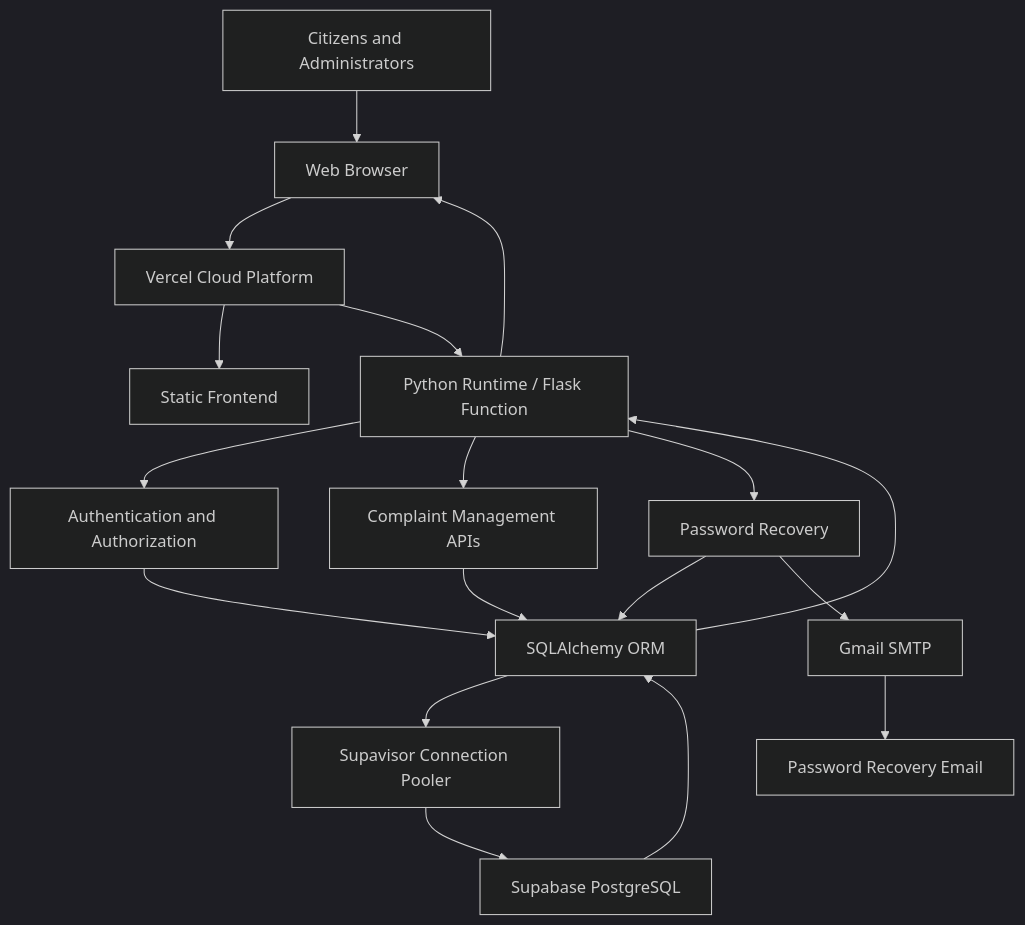
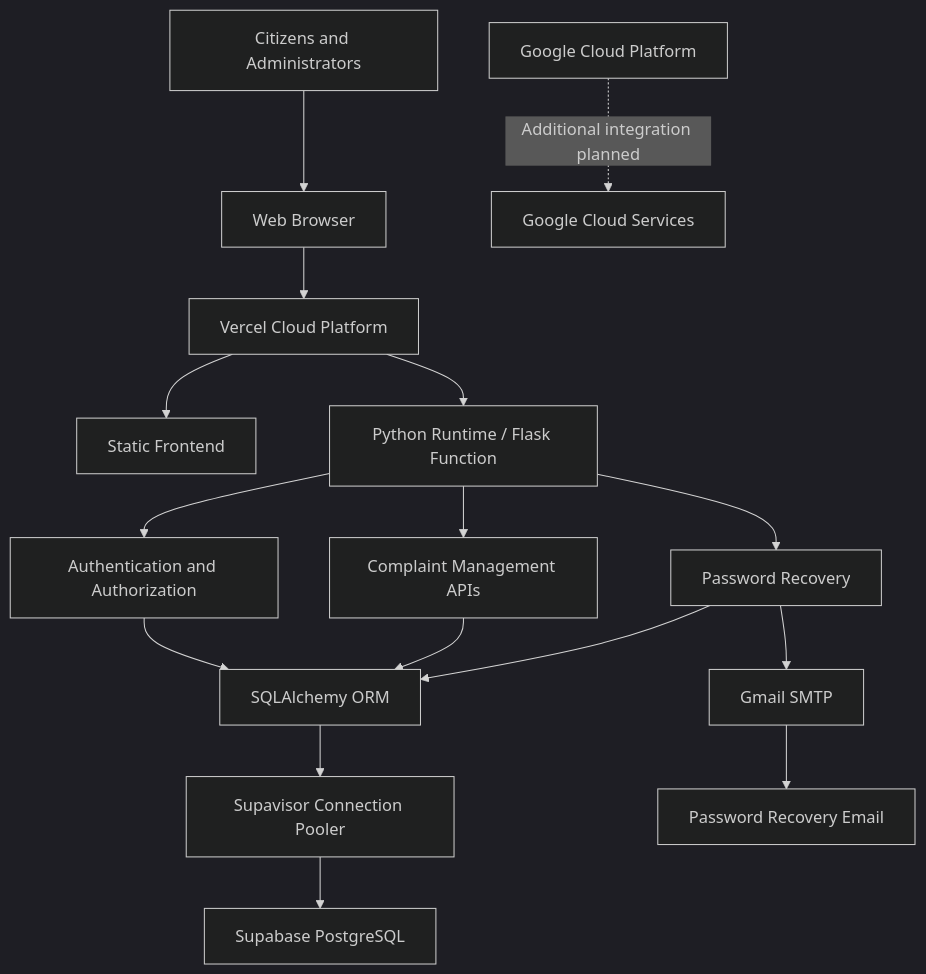
The diagram in README.md (KrishnaKausikBarik/CivicLens), drawn with Mermaid (dark theme) before and after one commit. The commit also changed other lines of this file, not shown here.

````diff
--- a/README.md
+++ b/README.md
@@ -125,26 +132,24 @@
 ```mermaid
 flowchart TD
     A[Citizens and Administrators] --> B[Web Browser]
     B --> C[Vercel Cloud Platform]
-
     C --> D[Static Frontend]
     C --> E[Python Runtime / Flask Function]
 
     E --> F[Authentication and Authorization]
     E --> G[Complaint Management APIs]
     E --> H[Password Recovery]
 
-    G --> I[SQLAlchemy ORM]
-    F --> I
+    F --> I[SQLAlchemy ORM]
+    G --> I
     H --> I
 
     I --> J[Supavisor Connection Pooler]
     J --> K[Supabase PostgreSQL]
 
     H --> L[Gmail SMTP]
     L --> M[Password Recovery Email]
 
-    K --> I
-    I --> E
-    E --> B
+    N[Google Cloud Platform]
+    N -. Additional integration planned .-> O[Google Cloud Services]
 ```
````
